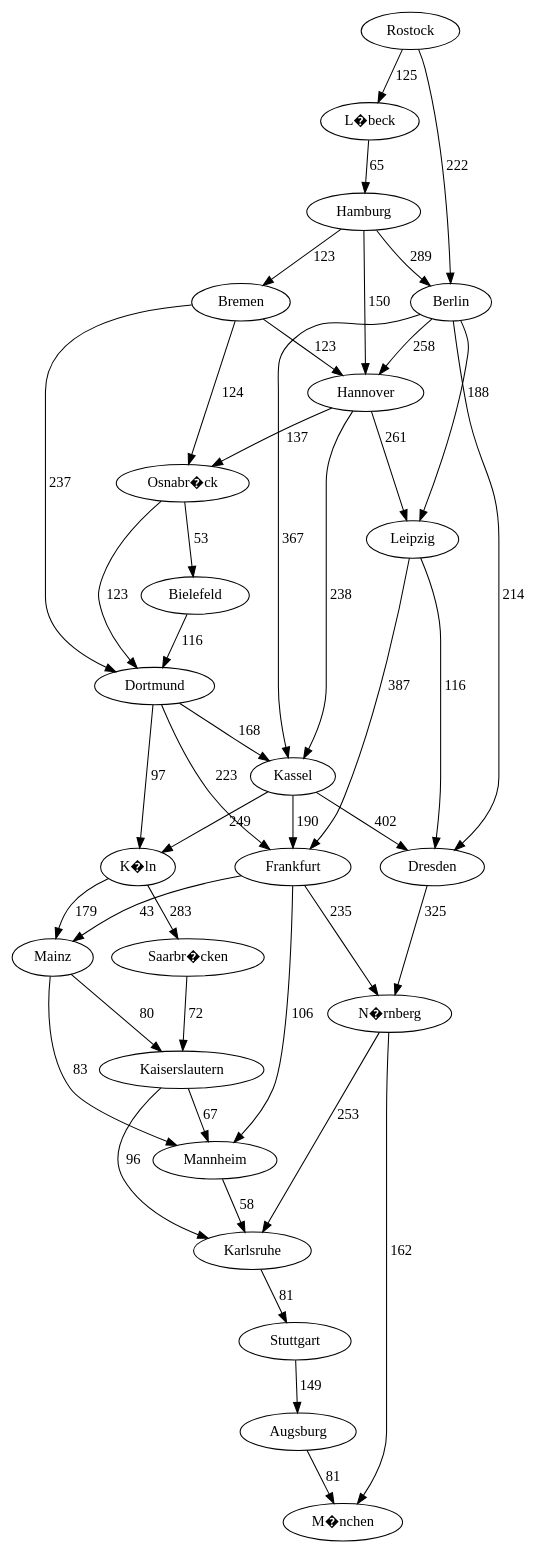
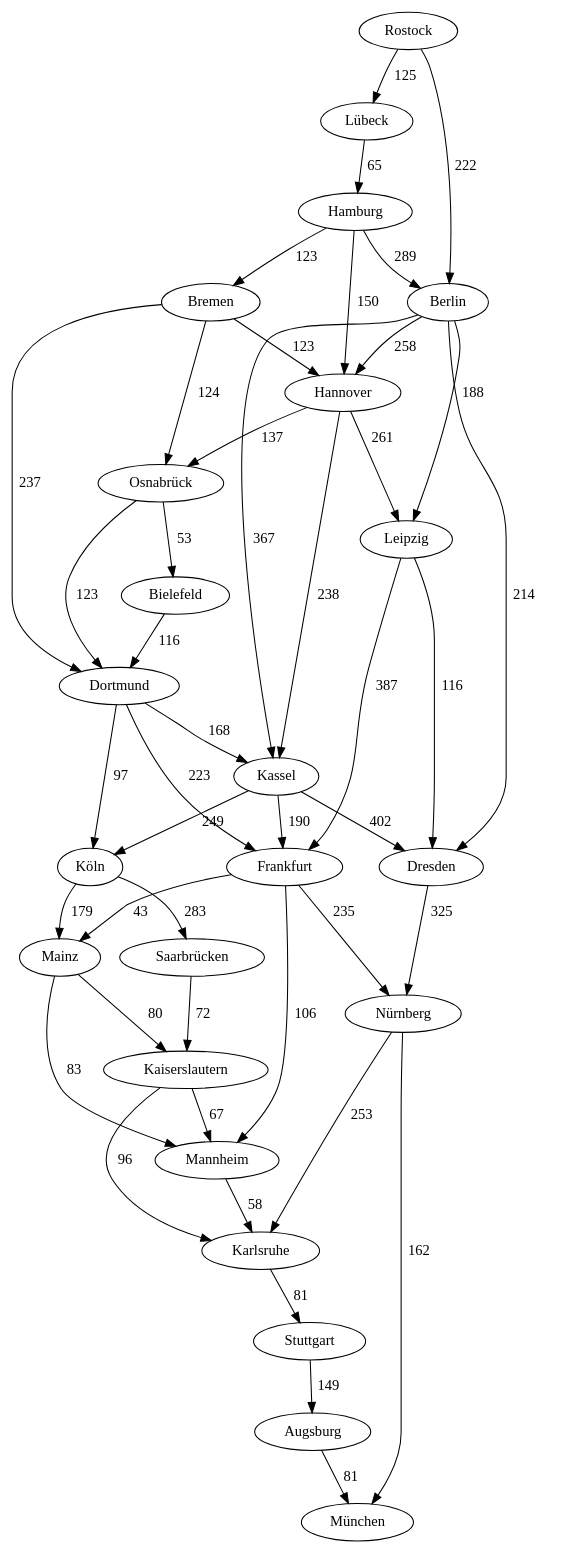
Before and after one commit to MaxPower9001/B-AI3GKAP: the diagram in io/graph_08.dot, drawn with Graphviz. The commit also changed 15 other files, not shown here.

```diff
--- a/io/graph_08.dot
+++ b/io/graph_08.dot
@@ -1,70 +1,70 @@
 digraph graph_08
 {
 Augsburg
-M�nchen
+München
 Berlin
 Dresden
 Hannover
 Kassel
 Leipzig
 Bielefeld
 Dortmund
 Bremen
-Osnabr�ck
+Osnabrück
 Frankfurt
-K�ln
-N�rnberg
+Köln
+Nürnberg
 Mainz
 Mannheim
 Hamburg
 Kaiserslautern
 Karlsruhe
 Stuttgart
-Saarbr�cken
-L�beck
+Saarbrücken
+Lübeck
 Rostock
-Augsburg -> M�nchen [label="81"]
-Berlin -> Dresden [label="214"]
-Berlin -> Hannover [label="258"]
-Berlin -> Kassel [label="367"]
-Berlin -> Leipzig [label="188"]
-Dresden -> N�rnberg [label="325"]
-Hannover -> Kassel [label="238"]
-Hannover -> Leipzig [label="261"]
-Hannover -> Osnabr�ck [label="137"]
-Kassel -> Dresden [label="402"]
-Kassel -> Frankfurt [label="190"]
-Kassel -> K�ln [label="249"]
-Leipzig -> Dresden [label="116"]
-Leipzig -> Frankfurt [label="387"]
-Bielefeld -> Dortmund [label="116"]
-Dortmund -> Kassel [label="168"]
-Dortmund -> Frankfurt [label="223"]
-Dortmund -> K�ln [label="97"]
-Bremen -> Hannover [label="123"]
-Bremen -> Dortmund [label="237"]
-Bremen -> Osnabr�ck [label="124"]
-Osnabr�ck -> Bielefeld [label="53"]
-Osnabr�ck -> Dortmund [label="123"]
-Frankfurt -> N�rnberg [label="235"]
-Frankfurt -> Mainz [label="43"]
-Frankfurt -> Mannheim [label="106"]
-K�ln -> Mainz [label="179"]
-K�ln -> Saarbr�cken [label="283"]
-N�rnberg -> M�nchen [label="162"]
-N�rnberg -> Karlsruhe [label="253"]
-Mainz -> Mannheim [label="83"]
-Mainz -> Kaiserslautern [label="80"]
-Mannheim -> Karlsruhe [label="58"]
-Hamburg -> Berlin [label="289"]
-Hamburg -> Hannover [label="150"]
-Hamburg -> Bremen [label="123"]
-Kaiserslautern -> Mannheim [label="67"]
-Kaiserslautern -> Karlsruhe [label="96"]
-Karlsruhe -> Stuttgart [label="81"]
-Stuttgart -> Augsburg [label="149"]
-Saarbr�cken -> Kaiserslautern [label="72"]
-L�beck -> Hamburg [label="65"]
-Rostock -> Berlin [label="222"]
-Rostock -> L�beck [label="125"]
+Augsburg -> München [label=" 81  "]
+Berlin -> Dresden [label=" 214  "]
+Berlin -> Hannover [label=" 258  "]
+Berlin -> Kassel [label=" 367  "]
+Berlin -> Leipzig [label=" 188  "]
+Dresden -> Nürnberg [label=" 325  "]
+Hannover -> Kassel [label=" 238  "]
+Hannover -> Leipzig [label=" 261  "]
+Hannover -> Osnabrück [label=" 137  "]
+Kassel -> Dresden [label=" 402  "]
+Kassel -> Frankfurt [label=" 190  "]
+Kassel -> Köln [label=" 249  "]
+Leipzig -> Dresden [label=" 116  "]
+Leipzig -> Frankfurt [label=" 387  "]
+Bielefeld -> Dortmund [label=" 116  "]
+Dortmund -> Kassel [label=" 168  "]
+Dortmund -> Frankfurt [label=" 223  "]
+Dortmund -> Köln [label=" 97  "]
+Bremen -> Hannover [label=" 123  "]
+Bremen -> Dortmund [label=" 237  "]
+Bremen -> Osnabrück [label=" 124  "]
+Osnabrück -> Bielefeld [label=" 53  "]
+Osnabrück -> Dortmund [label=" 123  "]
+Frankfurt -> Nürnberg [label=" 235  "]
+Frankfurt -> Mainz [label=" 43  "]
+Frankfurt -> Mannheim [label=" 106  "]
+Köln -> Mainz [label=" 179  "]
+Köln -> Saarbrücken [label=" 283  "]
+Nürnberg -> München [label=" 162  "]
+Nürnberg -> Karlsruhe [label=" 253  "]
+Mainz -> Mannheim [label=" 83  "]
+Mainz -> Kaiserslautern [label=" 80  "]
+Mannheim -> Karlsruhe [label=" 58  "]
+Hamburg -> Berlin [label=" 289  "]
+Hamburg -> Hannover [label=" 150  "]
+Hamburg -> Bremen [label=" 123  "]
+Kaiserslautern -> Mannheim [label=" 67  "]
+Kaiserslautern -> Karlsruhe [label=" 96  "]
+Karlsruhe -> Stuttgart [label=" 81  "]
+Stuttgart -> Augsburg [label=" 149  "]
+Saarbrücken -> Kaiserslautern [label=" 72  "]
+Lübeck -> Hamburg [label=" 65  "]
+Rostock -> Berlin [label=" 222  "]
+Rostock -> Lübeck [label=" 125  "]
 }
```
